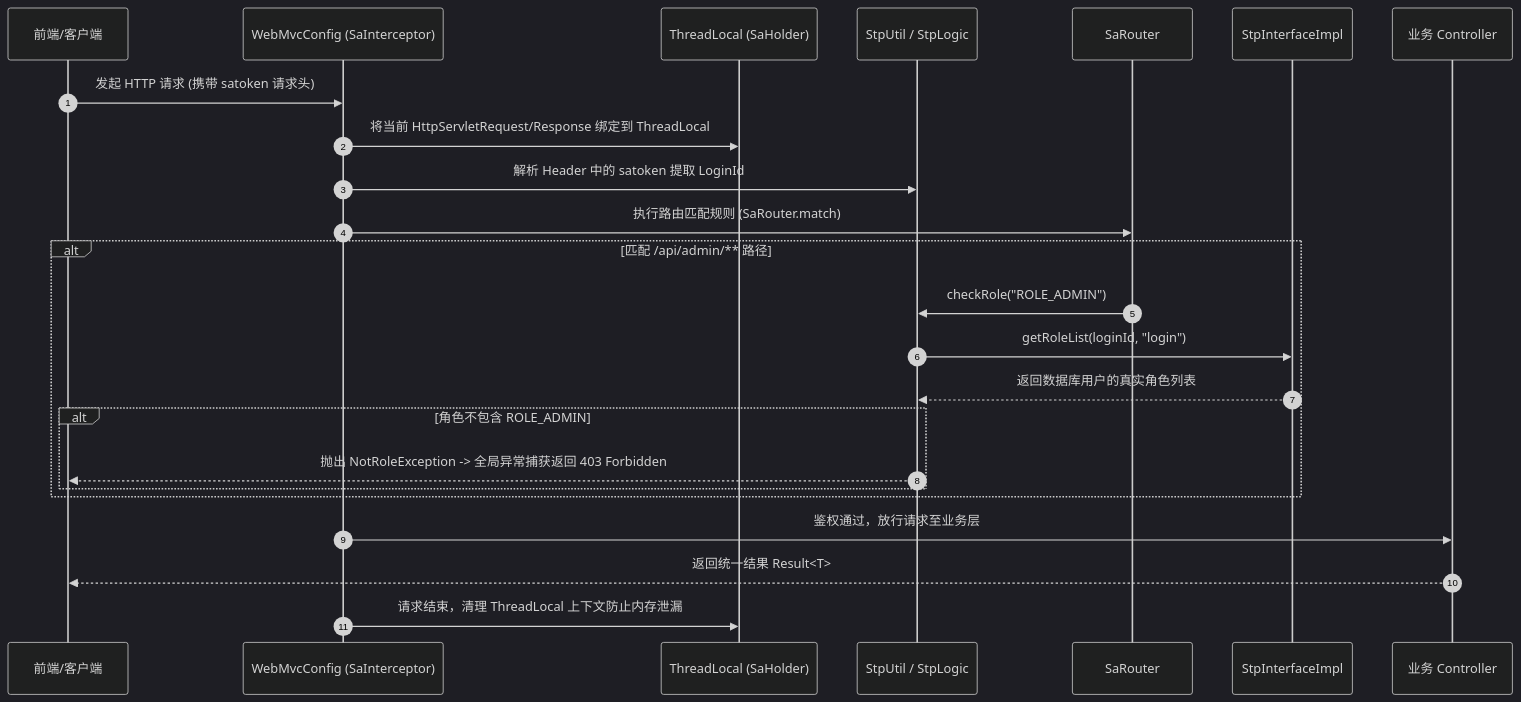
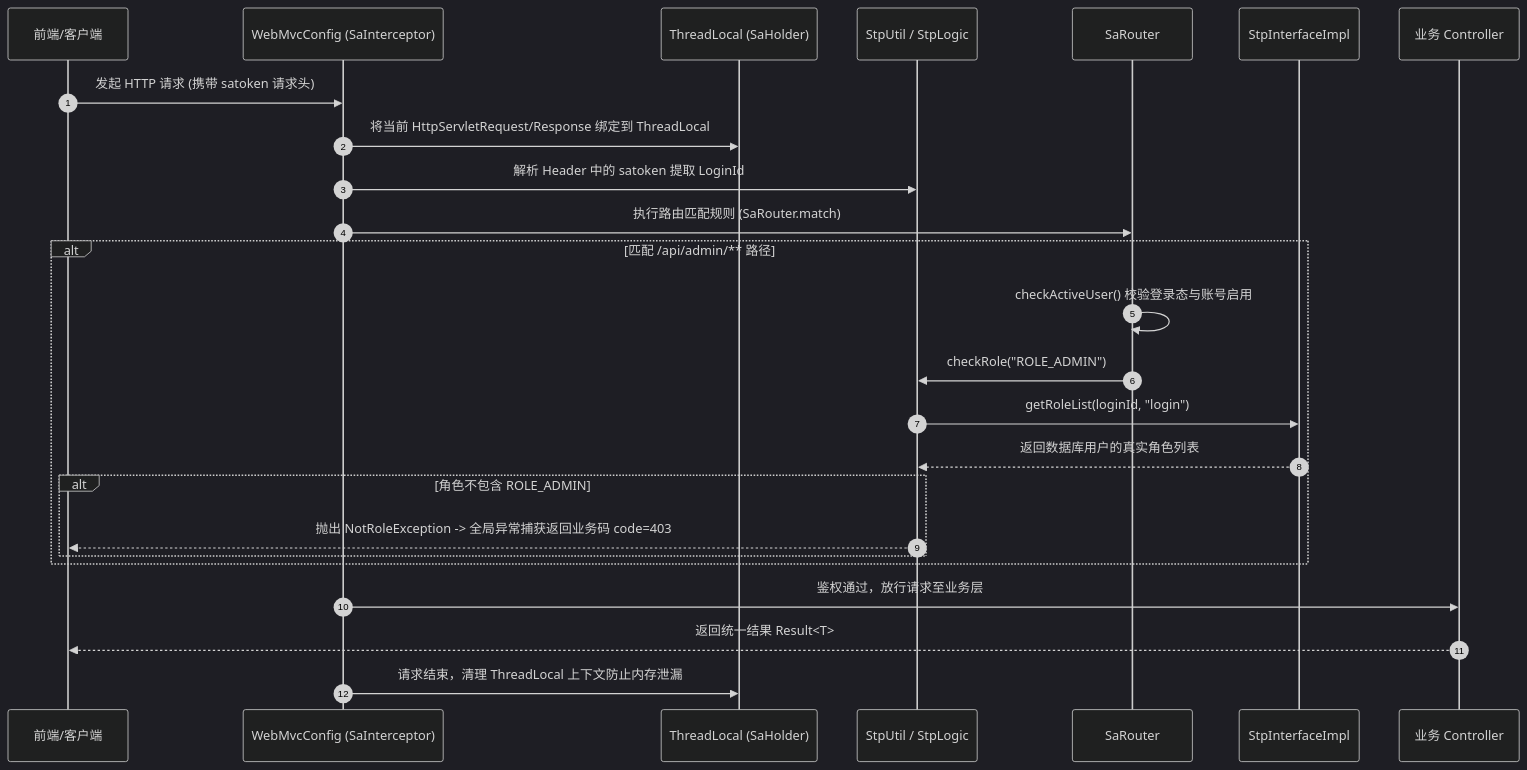
Before and after one commit to 2095262816ght-cpu/JavaWebCourseDesign: the diagram in docs/principles/02-auth-and-satoken.md, drawn with Mermaid (dark theme). The commit also changed other lines of this file and 209 other files, not shown here.

````diff
--- a/docs/principles/02-auth-and-satoken.md
+++ b/docs/principles/02-auth-and-satoken.md
@@ -122,27 +121,28 @@
 ```mermaid
 sequenceDiagram
     autonumber
     participant Client as 前端/客户端
     participant Interceptor as WebMvcConfig (SaInterceptor)
     participant ThreadCtx as ThreadLocal (SaHolder)
     participant StpUtil as StpUtil / StpLogic
     participant Router as SaRouter
     participant Interface as StpInterfaceImpl
     participant Controller as 业务 Controller
 
     Client->>Interceptor: 发起 HTTP 请求 (携带 satoken 请求头)
     Interceptor->>ThreadCtx: 将当前 HttpServletRequest/Response 绑定到 ThreadLocal
     Interceptor->>StpUtil: 解析 Header 中的 satoken 提取 LoginId
     Interceptor->>Router: 执行路由匹配规则 (SaRouter.match)
     alt 匹配 /api/admin/** 路径
+        Router->>Router: checkActiveUser() 校验登录态与账号启用
         Router->>StpUtil: checkRole("ROLE_ADMIN")
         StpUtil->>Interface: getRoleList(loginId, "login")
         Interface-->>StpUtil: 返回数据库用户的真实角色列表
         alt 角色不包含 ROLE_ADMIN
-            StpUtil-->>Client: 抛出 NotRoleException -> 全局异常捕获返回 403 Forbidden
+            StpUtil-->>Client: 抛出 NotRoleException -> 全局异常捕获返回业务码 code=403
         end
     end
     Interceptor->>Controller: 鉴权通过，放行请求至业务层
     Controller-->>Client: 返回统一结果 Result<T>
     Interceptor->>ThreadCtx: 请求结束，清理 ThreadLocal 上下文防止内存泄漏
 ```
````
